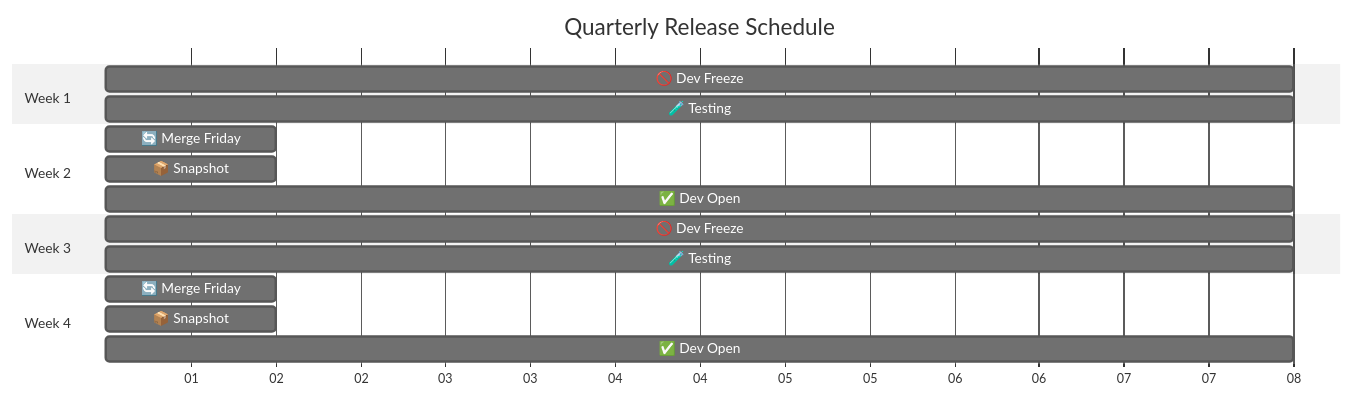
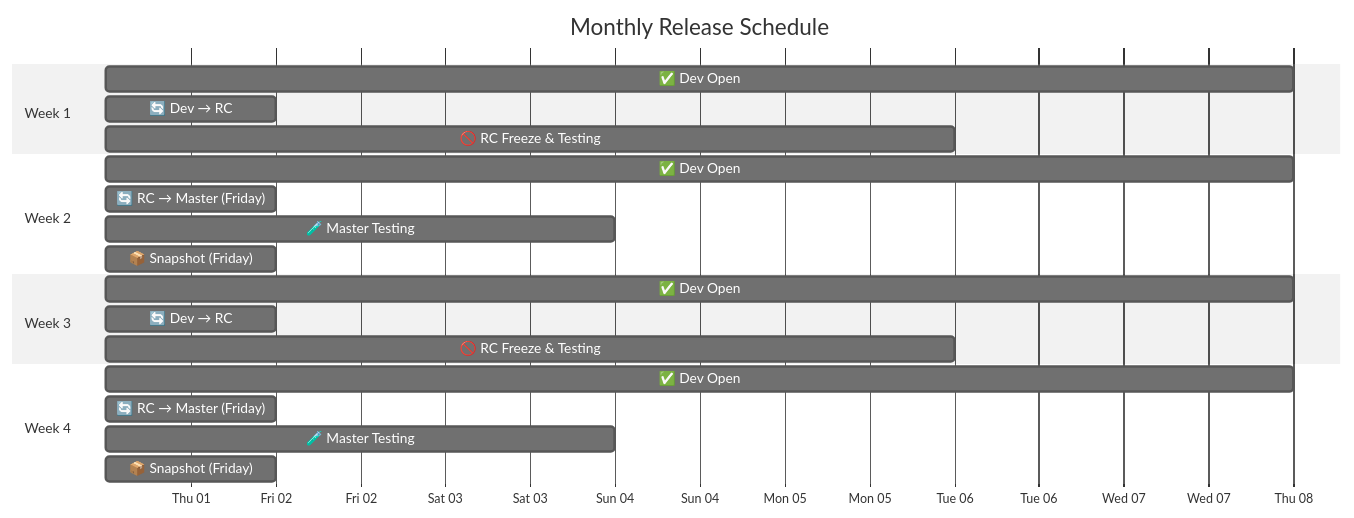
Before and after one commit to Tatrank/dotfiles: the third of 3 diagrams in HyDE/RELEASE_POLICY.md, drawn with Mermaid (neutral theme). The commit also changed other lines of this file and 128 other files, not shown here.

````diff
--- a/HyDE/RELEASE_POLICY.md
+++ b/HyDE/RELEASE_POLICY.md
@@ -177,24 +179,28 @@
 ```mermaid
 gantt
-    title Quarterly Release Schedule
+    title Monthly Release Schedule
     dateFormat  X
-    axisFormat %d
-    
+    axisFormat %a %d
+
     section Week 1
-    🚫 Dev Freeze    :freeze1, 1, 7d
-    🧪 Testing       :test1, 1, 7d
-    
+    ✅ Dev Open                :devopen1, 1, 7d
+    🔄 Dev → RC                :devrc1, 2, 1d
+    🚫 RC Freeze & Testing     :rctest1, 3, 5d
+
     section Week 2
-    🔄 Merge Friday  :merge1, 8, 1d
-    📦 Snapshot      :release1, 12, 1d
-    ✅ Dev Open      :open1, 8, 7d
-    
+    ✅ Dev Open                :devopen2, 8, 7d
+    🔄 RC → Master (Friday)    :rcmaster1, 9, 1d
+    🧪 Master Testing          :mastertest1, 10, 3d
+    📦 Snapshot (Friday)       :release1, 14, 1d
+
     section Week 3
-    🚫 Dev Freeze    :freeze2, 15, 7d
-    🧪 Testing       :test2, 15, 7d
-    
+    ✅ Dev Open                :devopen3, 15, 7d
+    🔄 Dev → RC                :devrc2, 16, 1d
+    🚫 RC Freeze & Testing     :rctest2, 17, 5d
+
     section Week 4
-    🔄 Merge Friday  :merge2, 22, 1d
-    📦 Snapshot      :release2, 26, 1d
-    ✅ Dev Open      :open2, 22, 7d
+    ✅ Dev Open                :devopen4, 22, 7d
+    🔄 RC → Master (Friday)    :rcmaster2, 23, 1d
+    🧪 Master Testing          :mastertest2, 24, 3d
+    📦 Snapshot (Friday)       :release2, 1, 1d
 ```
````
